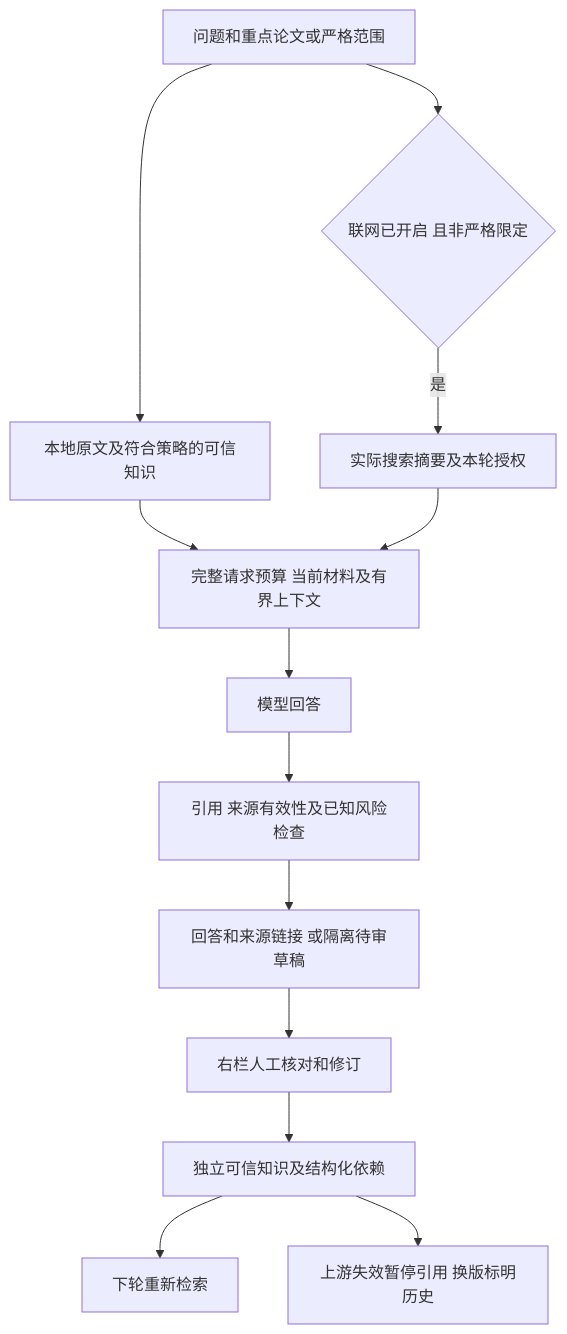
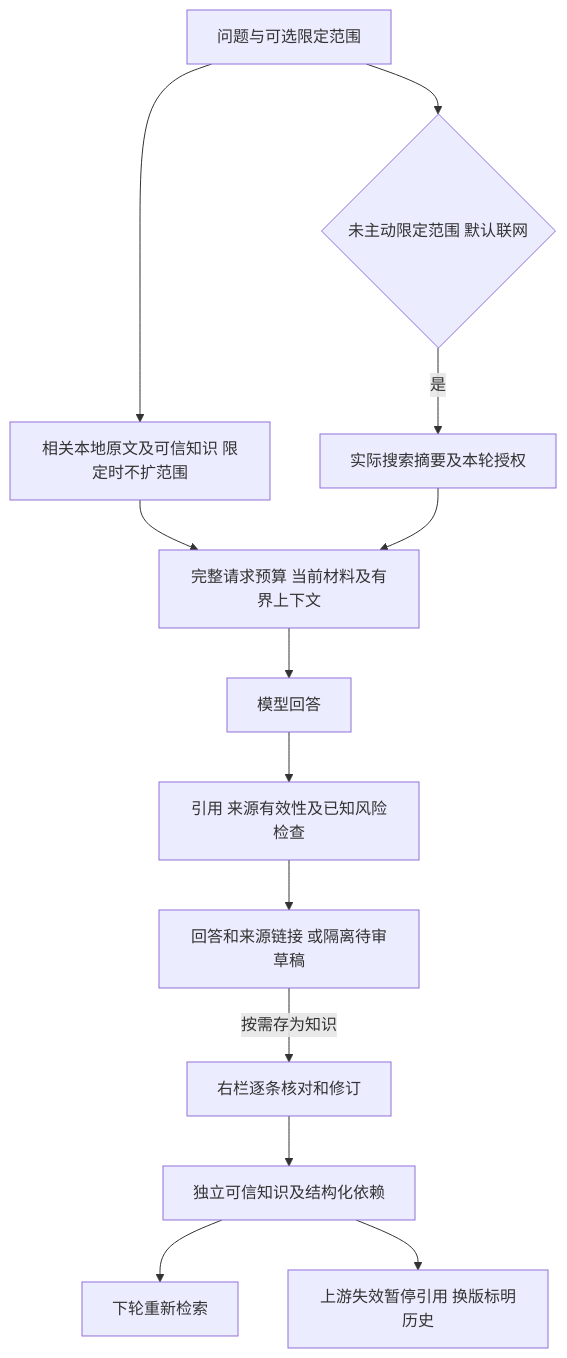
The first of 3 diagrams in docs/modules/04-检索问答与研究.md (kingjone0/litprism), drawn with Mermaid before and after one commit. The commit also changed other lines of this file and 55 other files, not shown here.

````diff
--- a/docs/modules/04-检索问答与研究.md
+++ b/docs/modules/04-检索问答与研究.md
@@ -9,15 +9,15 @@
 ```mermaid
 flowchart TD
-    Q[问题和重点论文或严格范围] --> L[本地原文及符合策略的可信知识]
-    Q --> W{联网已开启 且非严格限定}
+    Q[问题与可选限定范围] --> L[相关本地原文及可信知识 限定时不扩范围]
+    Q --> W{未主动限定范围 默认联网}
     W -->|是| X[实际搜索摘要及本轮授权]
     L --> B[完整请求预算 当前材料及有界上下文]
     X --> B
     B --> M[模型回答]
     M --> V[引用 来源有效性及已知风险检查]
     V --> A[回答和来源链接 或隔离待审草稿]
-    A --> H[右栏人工核对和修订]
+    A -->|按需存为知识| H[右栏逐条核对和修订]
     H --> K[独立可信知识及结构化依赖]
     K --> N[下轮重新检索]
     K --> C[上游失效暂停引用 换版标明历史]
 ```
````
